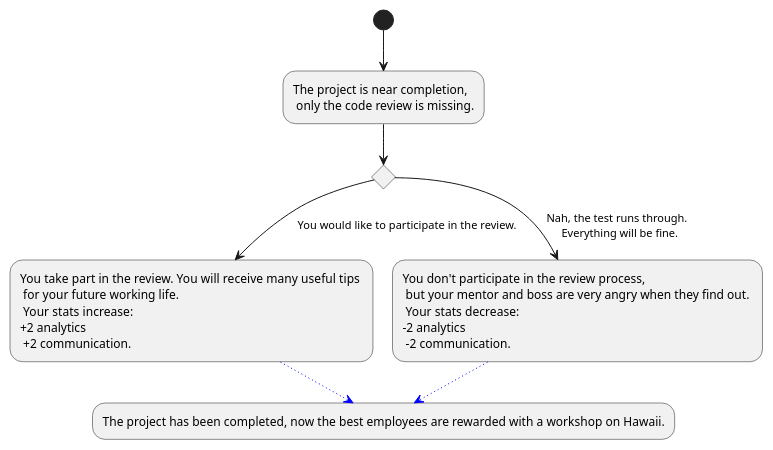
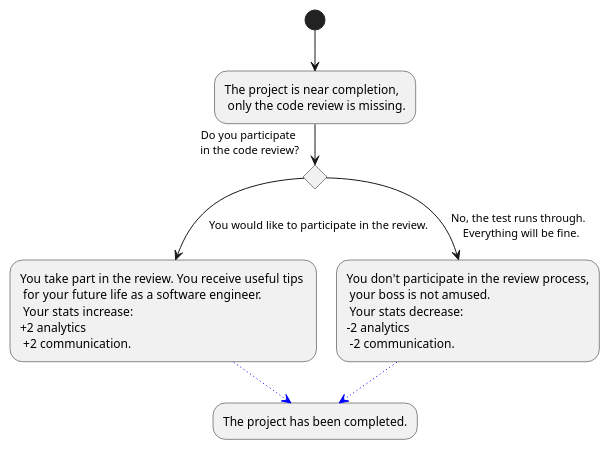
One commit to Brotenko/QualityQuest changed the diagram in Docs/Technical Specifications/docs/diagrams/StoryFlow/StoryFlow_Decision_14.puml. Above: the diagram before and after it, drawn with PlantUML. The commit also changed 14 other files, not shown here.

```diff
--- a/Docs/Technical Specifications/docs/diagrams/StoryFlow/StoryFlow_Decision_14.puml
+++ b/Docs/Technical Specifications/docs/diagrams/StoryFlow/StoryFlow_Decision_14.puml
@@ -1,10 +1,10 @@
 @startuml
 (*) --> "The project is near completion, \n only the code review is missing." as ende
-if "" then 
---> [You would like to participate in the review.] "You take part in the review. You will receive many useful tips \n for your future working life. \n Your stats increase: \n+2 analytics \n +2 communication." as good
+if "Do you participate\n in the code review?" then 
+--> [You would like to participate in the review.] "You take part in the review. You receive useful tips \n for your future life as a software engineer. \n Your stats increase: \n+2 analytics \n +2 communication." as good
 else 
---> [Nah, the test runs through. \n Everything will be fine.] "You don't participate in the review process,\n but your mentor and boss are very angry when they find out. \n Your stats decrease: \n-2 analytics \n -2 communication."
--[#blue,dotted]-> "The project has been completed, now the best employees are rewarded with a workshop on Hawaii." as shop
+--> [No, the test runs through. \n Everything will be fine.] "You don't participate in the review process,\n your boss is not amused. \n Your stats decrease: \n-2 analytics \n -2 communication."
+-[#blue,dotted]-> "The project has been completed." as shop
 good -[#blue,dotted]-> shop
 
 @enduml
```
